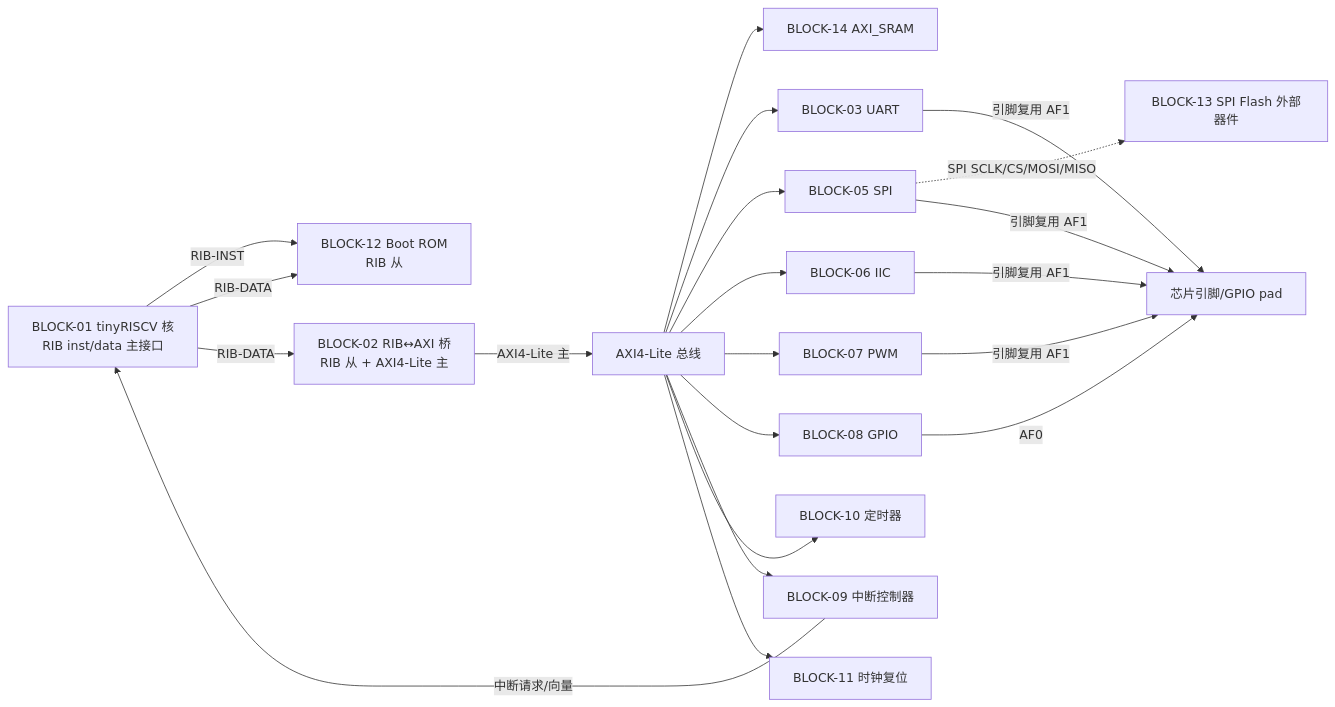
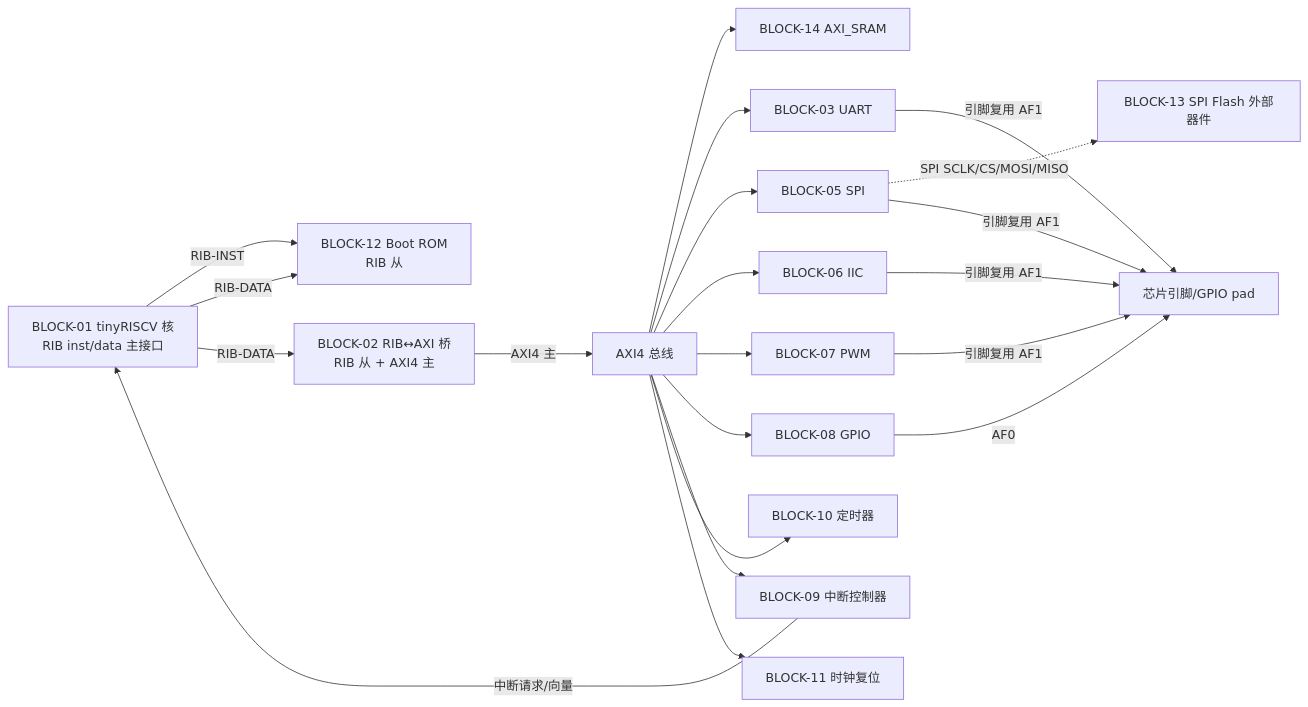
Before and after one commit to sustcsugar/AIChip: the diagram in work/soc/docs/spec/spec-005-interface-spec.md, drawn with Mermaid. The commit also changed other lines of this file and 5 other files, not shown here.

````diff
--- a/work/soc/docs/spec/spec-005-interface-spec.md
+++ b/work/soc/docs/spec/spec-005-interface-spec.md
@@ -38,36 +38,36 @@
 ```mermaid
 graph LR
     CORE[BLOCK-01 tinyRISCV 核<br/>RIB inst/data 主接口]
     ROM[BLOCK-12 Boot ROM<br/>RIB 从]
-    BRIDGE[BLOCK-02 RIB↔AXI 桥<br/>RIB 从 + AXI4-Lite 主]
-    AXI[AXI4-Lite 总线]
+    BRIDGE[BLOCK-02 RIB↔AXI 桥<br/>RIB 从 + AXI4 主]
+    AXI[AXI4 总线]
     SRAM[BLOCK-14 AXI_SRAM]
     UART[BLOCK-03 UART]
     SPI[BLOCK-05 SPI]
     IIC[BLOCK-06 IIC]
     PWM[BLOCK-07 PWM]
     GPIO[BLOCK-08 GPIO]
     INT[BLOCK-09 中断控制器]
     TIMER[BLOCK-10 定时器]
     CLKRST[BLOCK-11 时钟复位]
     CORE -->|RIB-INST| ROM
     CORE -->|RIB-DATA| ROM
     CORE -->|RIB-DATA| BRIDGE
-    BRIDGE -->|AXI4-Lite 主| AXI
+    BRIDGE -->|AXI4 主| AXI
     AXI --> SRAM
     AXI --> UART
     AXI --> SPI
     AXI --> IIC
     AXI --> PWM
     AXI --> GPIO
     AXI --> INT
     AXI --> TIMER
     AXI --> CLKRST
     SPI -.SPI SCLK/CS/MOSI/MISO.-> FLASH[BLOCK-13 SPI Flash 外部器件]
     INT -->|中断请求/向量| CORE
     UART -->|引脚复用 AF1| PADS[芯片引脚/GPIO pad]
     SPI -->|引脚复用 AF1| PADS
     IIC -->|引脚复用 AF1| PADS
     PWM -->|引脚复用 AF1| PADS
     GPIO -->|AF0| PADS
 ```
````
